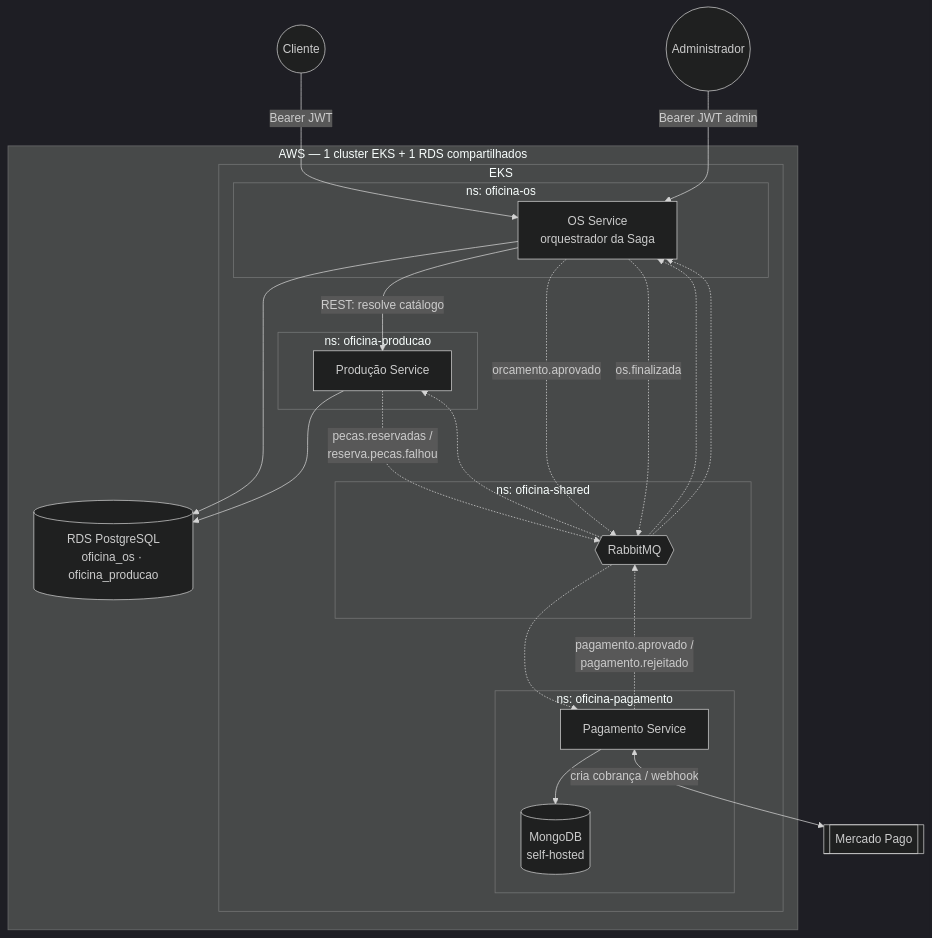
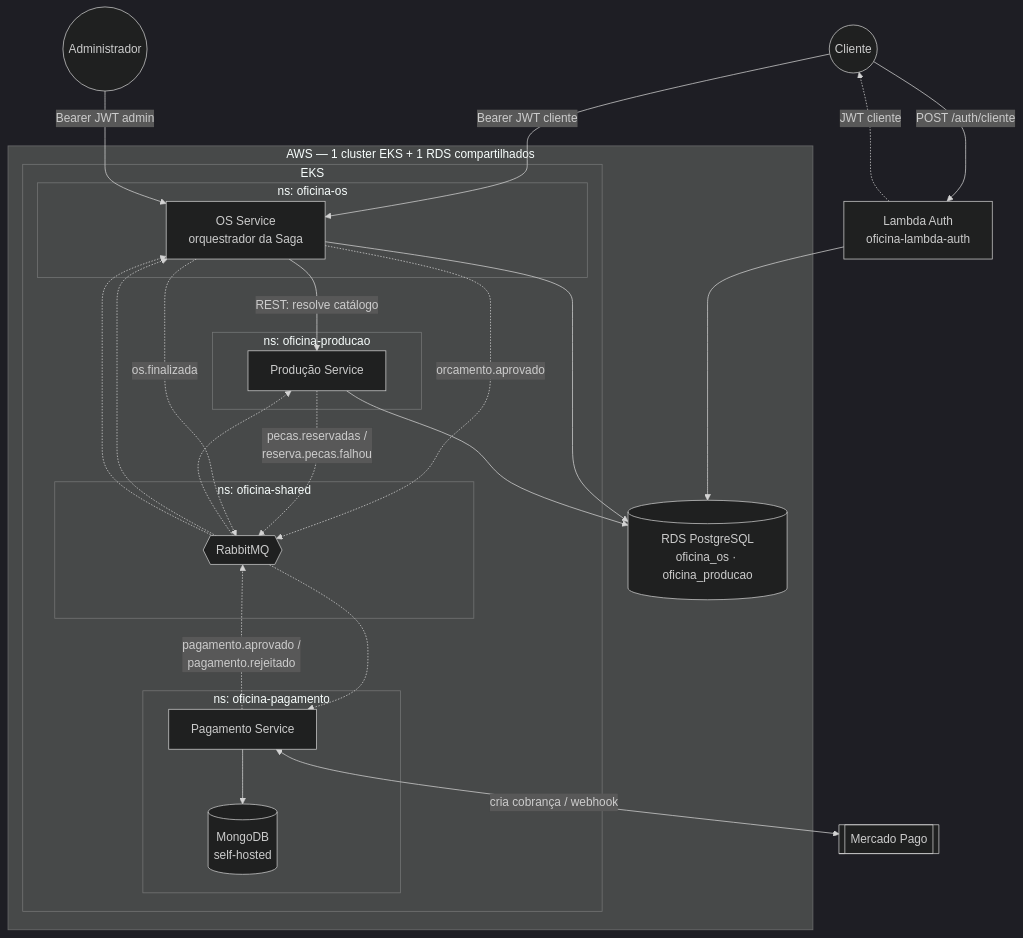
The first of 3 diagrams in docs/architecture.md (RafaelNikolasPuggi/oficina-os-service), drawn with Mermaid (dark theme) before and after one commit.

Commit message:
docs: inclui oficina-lambda-auth no diagrama de arquitetura (#10)
* docs: adiciona badges de cobertura e quality gate do SonarCloud

Evidencia verificavel de cobertura de testes no README (requisito da
Fase 4), em vez de so uma afirmacao em texto.

* docs: inclui oficina-lambda-auth no diagrama de arquitetura

O diagrama mermaid nao mostrava o Lambda Auth, mesmo o texto da secao
ja explicando seu papel no fluxo de autenticacao do cliente.

---------

````diff
--- a/docs/architecture.md
+++ b/docs/architecture.md
@@ -58,40 +58,44 @@
 ```mermaid
 flowchart TB
     Cliente((Cliente))
     Admin((Administrador))
     MP[["Mercado Pago"]]
+    LAMBDA["Lambda Auth<br/>oficina-lambda-auth"]
 
     subgraph AWS["AWS — 1 cluster EKS + 1 RDS compartilhados"]
         subgraph EKS["EKS"]
             subgraph NSOS["ns: oficina-os"]
                 OS["OS Service<br/>orquestrador da Saga"]
             end
             subgraph NSPROD["ns: oficina-producao"]
                 PROD["Produção Service"]
             end
             subgraph NSPAG["ns: oficina-pagamento"]
                 PAG["Pagamento Service"]
                 MONGO[("MongoDB<br/>self-hosted")]
             end
             subgraph NSSHARED["ns: oficina-shared"]
                 MQ{{"RabbitMQ"}}
             end
         end
         RDS[("RDS PostgreSQL<br/>oficina_os · oficina_producao")]
     end
 
-    Cliente -->|"Bearer JWT"| OS
+    Cliente -->|"POST /auth/cliente"| LAMBDA
+    LAMBDA -.->|"JWT cliente"| Cliente
+    Cliente -->|"Bearer JWT cliente"| OS
     Admin -->|"Bearer JWT admin"| OS
+    LAMBDA --> RDS
     OS --> RDS
     PROD --> RDS
 
     OS -->|"REST: resolve catálogo"| PROD
 
     OS -.->|"orcamento.aprovado"| MQ -.-> PROD
     PROD -.->|"pecas.reservadas /<br/>reserva.pecas.falhou"| MQ -.-> OS
     OS -.->|"os.finalizada"| MQ -.-> PAG
     PAG -.->|"pagamento.aprovado /<br/>pagamento.rejeitado"| MQ -.-> OS
 
     PAG --> MONGO
     PAG <-->|"cria cobrança / webhook"| MP
 ```
````
